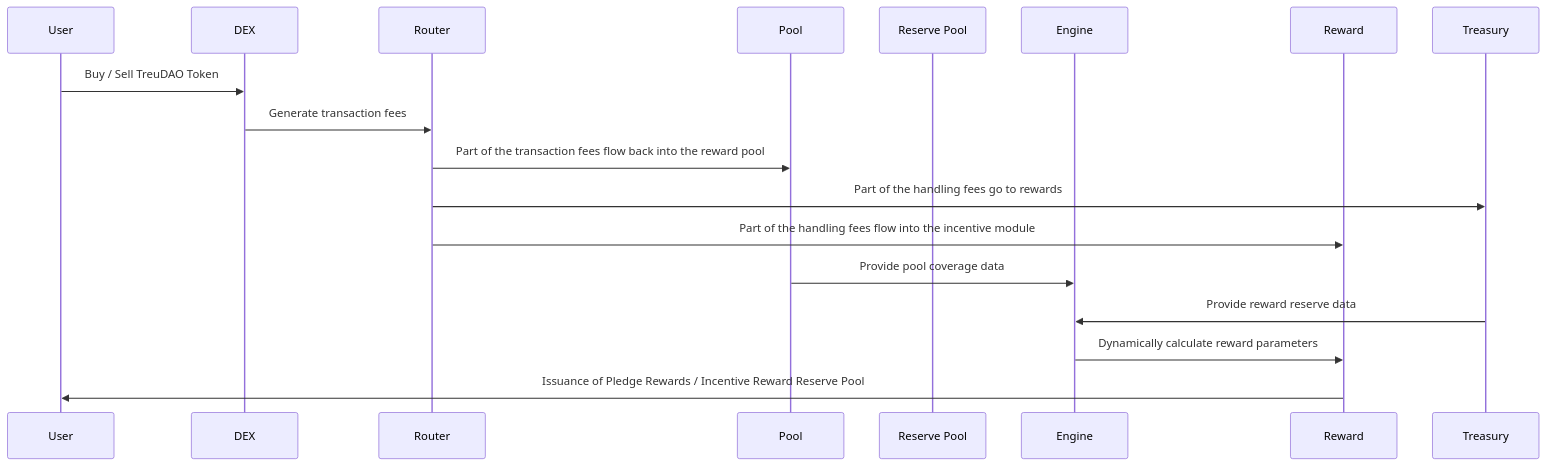
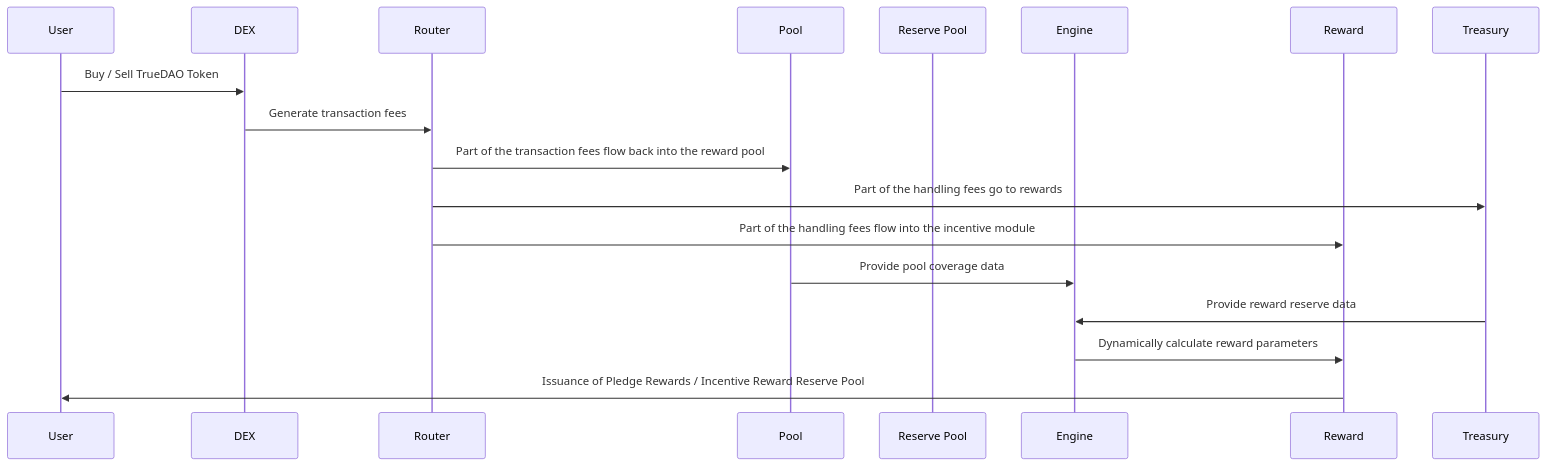
One commit to TrueDAOAI/TrueDAO changed the second of 3 diagrams in README.md. Above: the diagram before and after it, drawn with Mermaid. The commit also changed other lines of this file, not shown here.

Commit message:
Fix typo from 'TreuDAO' to 'TrueDAO' in README

````diff
--- a/README.md
+++ b/README.md
@@ -181,20 +181,20 @@
 ```mermaid
 sequenceDiagram
     participant User  
     participant DEX  
     participant Router 
     participant Pool 
     participant Reserve Pool 
     participant Engine 
     participant Reward 
 
-    User->>DEX: Buy / Sell TreuDAO Token
+    User->>DEX: Buy / Sell TrueDAO Token
     DEX->>Router: Generate transaction fees
     Router->>Pool: Part of the transaction fees flow back into the reward pool
     Router->>Treasury: Part of the handling fees go to rewards
     Router->>Reward: Part of the handling fees flow into the incentive module
     Pool->>Engine: Provide pool coverage data
     Treasury->>Engine: Provide reward reserve data
     Engine->>Reward: Dynamically calculate reward parameters
     Reward->>User: Issuance of Pledge Rewards / Incentive Reward Reserve Pool
 ```
````
